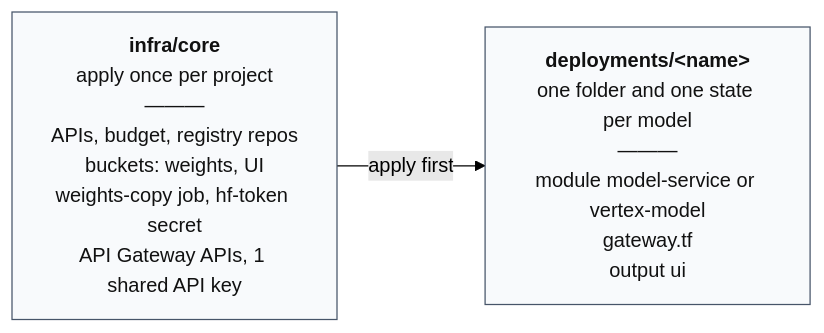
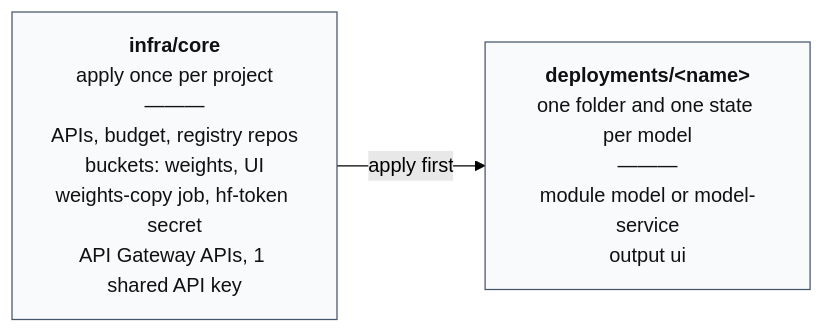
The third of 4 diagrams in .claude/skills/diagrams/examples.md (koval-yurko/custom-models-inference), drawn with Mermaid (forest theme) before and after one commit. The commit also changed 38 other files, not shown here.

First line of the commit message:
feat(llm-b): run on Runpod next to Vertex AI; merge vertex-model into platform-vertex

````diff
--- a/.claude/skills/diagrams/examples.md
+++ b/.claude/skills/diagrams/examples.md
@@ -60,9 +60,9 @@
 ```mermaid
 flowchart LR
     core["<b>infra/core</b><br/>apply once per project<br/>―――<br/>APIs, budget, registry repos<br/>buckets: weights, UI<br/>weights-copy job, hf-token secret<br/>API Gateway APIs, 1 shared API key"]
-    dep["<b>deployments/#lt;name#gt;</b><br/>one folder and one state per model<br/>―――<br/>module model-service or vertex-model<br/>gateway.tf<br/>output ui"]
+    dep["<b>deployments/#lt;name#gt;</b><br/>one folder and one state per model<br/>―――<br/>module model or model-service<br/>output ui"]
     core -->|"apply first"| dep
 
     classDef layer fill:#f8fafc,stroke:#475569,color:#111
     class core,dep layer
 ```
````
